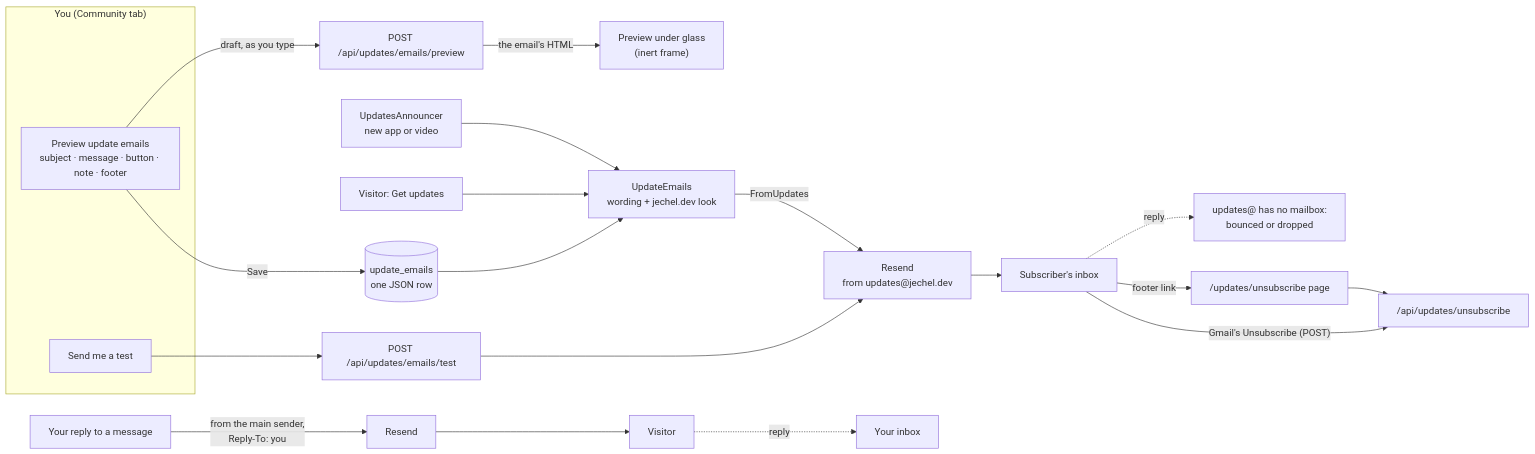
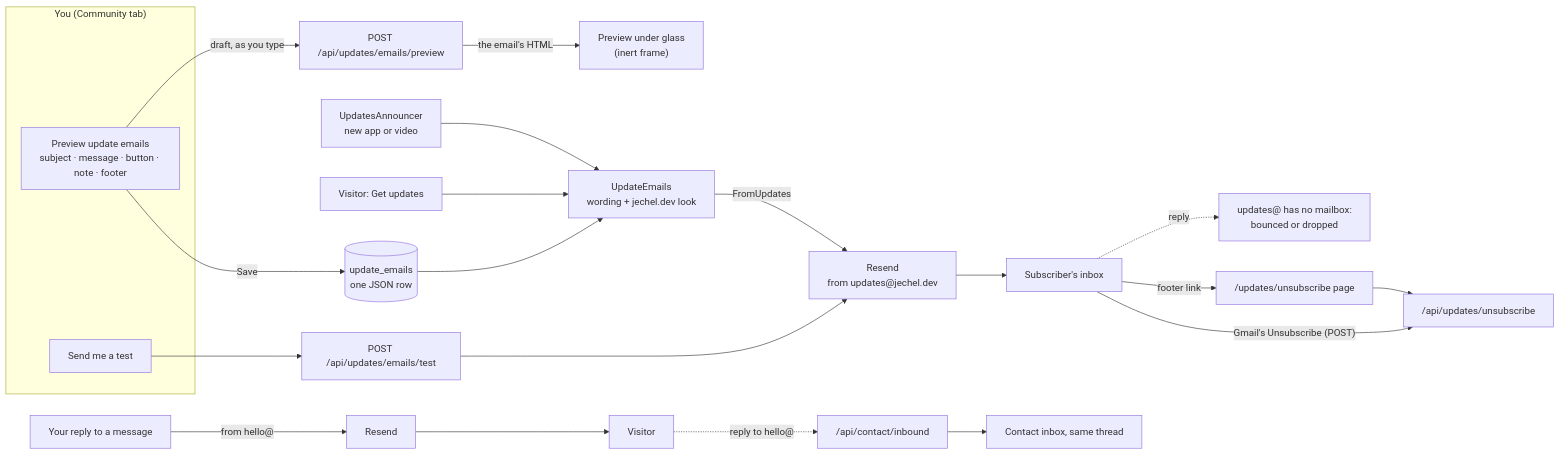
The diagram in README.md (ClaoMike/jechel.dev.2026), drawn with Mermaid before and after one commit. The commit also changed other lines of this file and 33 other files, not shown here.

````diff
--- a/README.md
+++ b/README.md
@@ -765,20 +766,20 @@
 ```mermaid
 flowchart LR
   subgraph Admin["You (Community tab)"]
     edit["Preview update emails<br/>subject · message · button · note · footer"]
     test["Send me a test"]
   end
   edit -- "draft, as you type" --> preview["POST /api/updates/emails/preview"]
   preview -- "the email's HTML" --> frame["Preview under glass<br/>(inert frame)"]
   edit -- "Save" --> row[("update_emails<br/>one JSON row")]
   test --> testApi["POST /api/updates/emails/test"] --> resend
   row --> render["UpdateEmails<br/>wording + jechel.dev look"]
   subscribe["Visitor: Get updates"] --> render
   announcer["UpdatesAnnouncer<br/>new app or video"] --> render
   render -- "FromUpdates" --> resend["Resend<br/>from updates@jechel.dev"]
   resend --> inbox["Subscriber's inbox"]
   inbox -. "reply" .-> nowhere["updates@ has no mailbox:<br/>bounced or dropped"]
   inbox -- "Gmail's Unsubscribe (POST)" --> unsub["/api/updates/unsubscribe"]
   inbox -- "footer link" --> unsubPage["/updates/unsubscribe page"] --> unsub
-  replies["Your reply to a message"] -- "from the main sender,<br/>Reply-To: you" --> resend2["Resend"] --> them["Visitor"] -. "reply" .-> you["Your inbox"]
+  replies["Your reply to a message"] -- "from hello@" --> resend2["Resend"] --> them["Visitor"] -. "reply to hello@" .-> inboundHook["/api/contact/inbound"] --> you["Contact inbox, same thread"]
 ```
````
